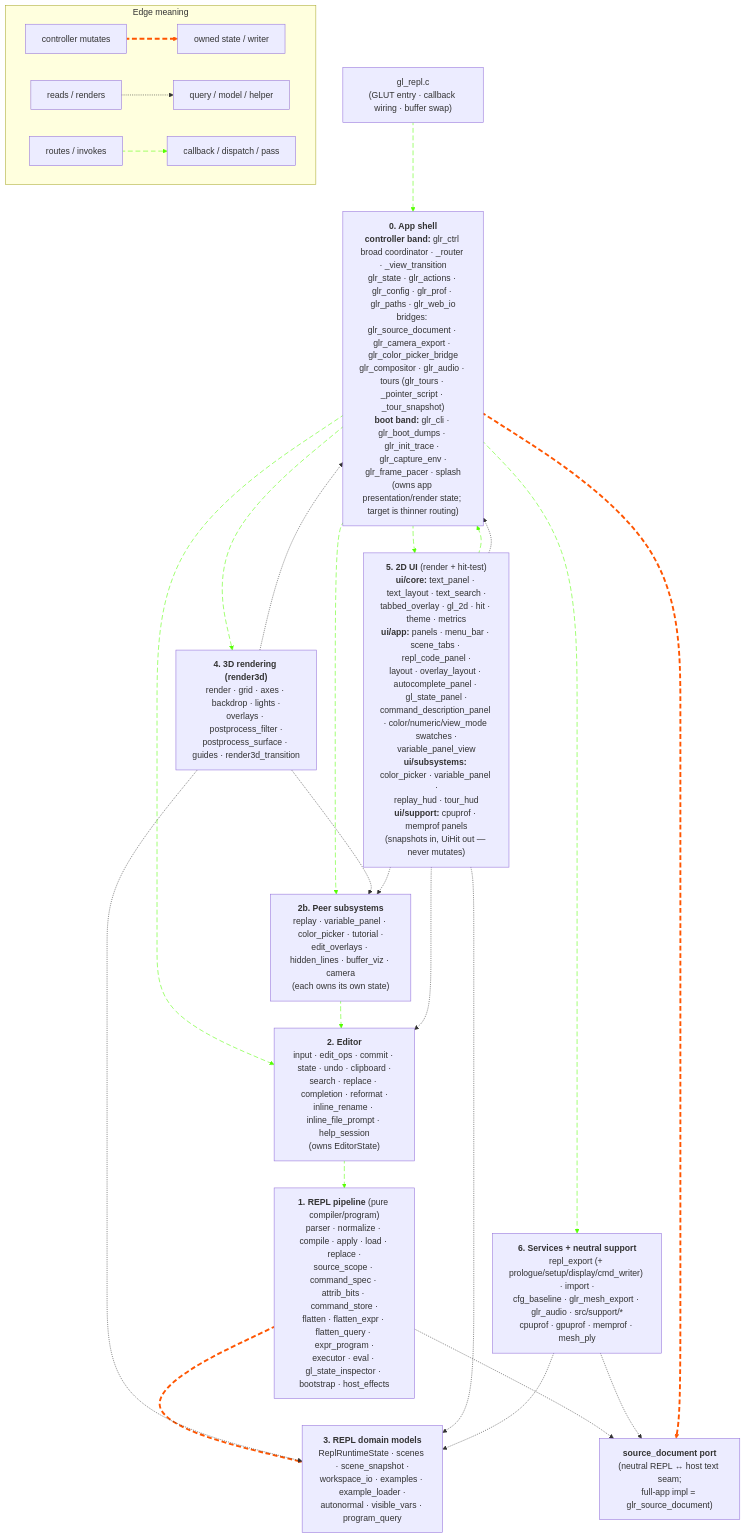
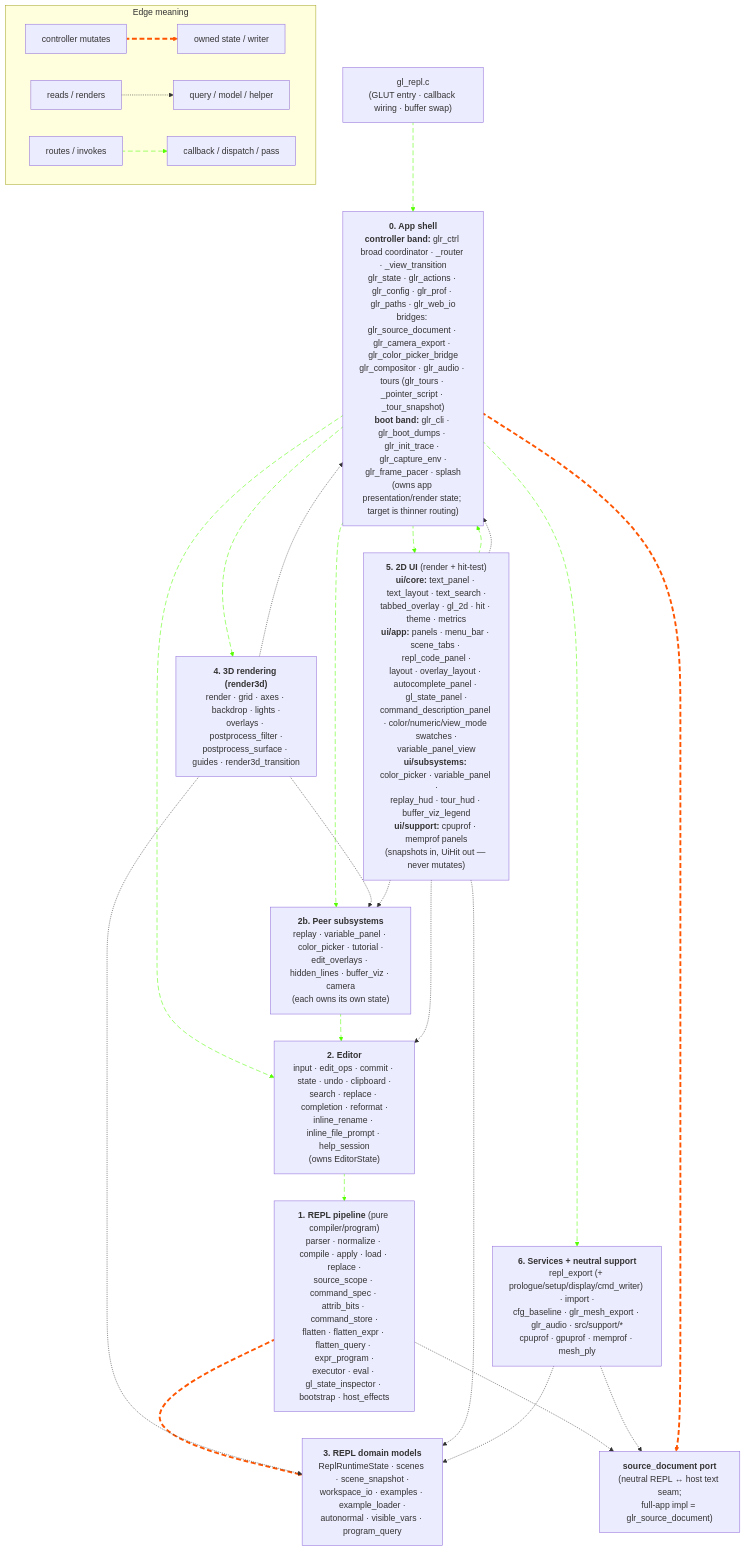
One commit to drewwoods/gl-repl changed the first of 2 diagrams in docs/MODULES.md. Above: the diagram before and after it, drawn with Mermaid. The commit also changed other lines of this file and 13 other files, not shown here.

````diff
--- a/docs/MODULES.md
+++ b/docs/MODULES.md
@@ -716,79 +717,79 @@
 ```mermaid
 flowchart TB
     subgraph legend["Edge meaning"]
         lmut_a["controller mutates"] e1@==> lmut_b["owned state / writer"]
         lread_a["reads / renders"] -.-> lread_b["query / model / helper"]
         lflow_a["routes / invokes"] i1@--> lflow_b["callback / dispatch / pass"]
     end
 
     gl_repl["gl_repl.c<br/>(GLUT entry · callback wiring · buffer swap)"]
 
     app["<b>0. App shell</b><br/><b>controller band:</b> glr_ctrl broad coordinator · _router · _view_transition<br/>glr_state · glr_actions · glr_config · glr_prof · glr_paths · glr_web_io<br/>bridges: glr_source_document · glr_camera_export · glr_color_picker_bridge<br/>glr_compositor · glr_audio · tours (glr_tours · _pointer_script · _tour_snapshot)<br/><b>boot band:</b> glr_cli · glr_boot_dumps · glr_init_trace · glr_capture_env ·<br/>glr_frame_pacer · splash<br/>(owns app presentation/render state; target is thinner routing)"]
 
     editor["<b>2. Editor</b><br/>input · edit_ops · commit · state · undo · clipboard ·<br/>search · replace · completion · reformat ·<br/>inline_rename · inline_file_prompt · help_session<br/>(owns EditorState)"]
 
     peers["<b>2b. Peer subsystems</b><br/>replay · variable_panel · color_picker · tutorial ·<br/>edit_overlays · hidden_lines · buffer_viz · camera<br/>(each owns its own state)"]
 
     repl["<b>1. REPL pipeline</b> (pure compiler/program)<br/>parser · normalize · compile · apply · load · replace ·<br/>source_scope · command_spec · attrib_bits · command_store ·<br/>flatten · flatten_expr · flatten_query · expr_program ·<br/>executor · eval · gl_state_inspector · bootstrap · host_effects"]
 
     models["<b>3. REPL domain models</b><br/>ReplRuntimeState · scenes · scene_snapshot ·<br/>workspace_io · examples · example_loader ·<br/>autonormal · visible_vars · program_query"]
 
     srcdoc["<b>source_document port</b><br/>(neutral REPL ↔ host text seam;<br/>full-app impl = glr_source_document)"]
 
-    ui["<b>5. 2D UI</b> (render + hit-test)<br/><b>ui/core:</b> text_panel · text_layout · text_search ·<br/>tabbed_overlay · gl_2d · hit · theme · metrics<br/><b>ui/app:</b> panels · menu_bar · scene_tabs · repl_code_panel ·<br/>layout · overlay_layout · autocomplete_panel · gl_state_panel ·<br/>command_description_panel · color/numeric/view_mode swatches ·<br/>variable_panel_view<br/><b>ui/subsystems:</b> color_picker · variable_panel ·<br/>replay_hud · tour_hud<br/><b>ui/support:</b> cpuprof · memprof panels<br/>(snapshots in, UiHit out — never mutates)"]
+    ui["<b>5. 2D UI</b> (render + hit-test)<br/><b>ui/core:</b> text_panel · text_layout · text_search ·<br/>tabbed_overlay · gl_2d · hit · theme · metrics<br/><b>ui/app:</b> panels · menu_bar · scene_tabs · repl_code_panel ·<br/>layout · overlay_layout · autocomplete_panel · gl_state_panel ·<br/>command_description_panel · color/numeric/view_mode swatches ·<br/>variable_panel_view<br/><b>ui/subsystems:</b> color_picker · variable_panel ·<br/>replay_hud · tour_hud · buffer_viz_legend<br/><b>ui/support:</b> cpuprof · memprof panels<br/>(snapshots in, UiHit out — never mutates)"]
 
     render3d["<b>4. 3D rendering (render3d)</b><br/>render · grid · axes · backdrop · lights ·<br/>overlays · postprocess_filter ·<br/>postprocess_surface · guides · render3d_transition"]
 
     services["<b>6. Services + neutral support</b><br/>repl_export (+ prologue/setup/display/cmd_writer) · import ·<br/>cfg_baseline · glr_mesh_export · glr_audio · src/support/*<br/>cpuprof · gpuprof · memprof · mesh_ply"]
 
     %% Raw input flow: gl_repl.c hands GLUT events to the app shell. UI
     %% hit-tests are passive — they compute a UiHit and hand it back to
     %% the controller for dispatch.
     gl_repl i2@--> app
     ui i3@--> app
 
     %% App shell routes raw input to the owning subsystem, drives the
     %% frame, and calls UI/render3d/services.
     app i4@--> editor
     app i5@--> peers
     app i6@--> render3d
     app i7@--> ui
     app i8@--> services
 
     %% Editor commit is the only path crossing INTO the REPL pipeline.
     %% REPL apply / command_store mutates the program model.
     editor i9@--> repl
     repl e2@==> models
 
     %% Peers write back through the editor (color_picker rewrites a
     %% source line via editor_commit_apply_external_change; the
     %% variable_panel drag rewrites a numeric token the same way).
     peers i10@--> editor
 
     %% Source-document port: REPL pipeline reads/writes source text
     %% through the neutral port, and services read source through it
     %% too. The full-app adapter (app layer) delegates writes to the
     %% editor buffer — editor stays the single underlying writer.
     repl -.-> srcdoc
     services -.-> srcdoc
     app e3@==> srcdoc
 
     %% Render is read-only: render3d and UI consume snapshots of program /
     %% editor / peer / app state. They never mutate.
     render3d -.-> models
     render3d -.-> peers
     render3d -.-> app
     ui -.-> editor
     ui -.-> models
     ui -.-> peers
     ui -.-> app
 
     %% Services read program and editor state to persist/replay.
     services -.-> models
 
     classDef animateE stroke:#f50,stroke-dasharray: 9\,5,stroke-dashoffset: 900,animation: dash 90s linear infinite;
     classDef animateF stroke:#5f0,stroke-dasharray: 9\,5,stroke-dashoffset: 900,animation: dash 90s linear infinite;
 
     class e1,e2,e3 animateE
     class i1,i2,i3,i4,i5,i6,i7,i8,i9,i10 animateF
 ```
````
